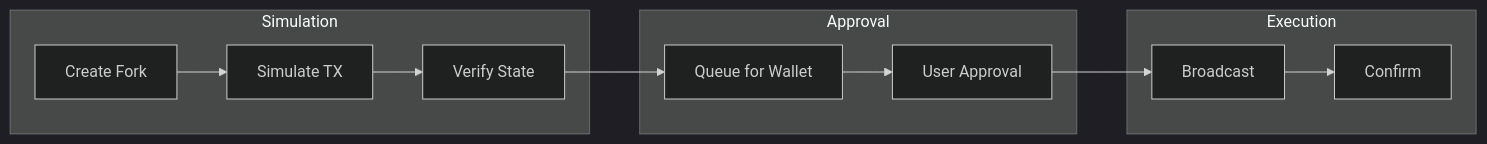
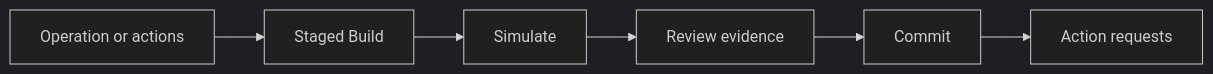
Before and after one commit to aomi-labs/docs: the diagram in reference/simulation-reference.mdx, drawn with Mermaid (dark theme). The commit also changed other lines of this file and 40 other files, not shown here.

````diff
--- a/reference/simulation-reference.mdx
+++ b/reference/simulation-reference.mdx
@@ -14,25 +15,8 @@
 ```mermaid
 flowchart LR
-    subgraph "Simulation"
-        FORK[Create Fork]
-        SIM[Simulate TX]
-        VERIFY[Verify State]
-    end
-
-    subgraph "Approval"
-        QUEUE[Queue for Wallet]
-        APPROVE[User Approval]
-    end
-
-    subgraph "Execution"
-        BROADCAST[Broadcast]
-        CONFIRM[Confirm]
-    end
-
-    FORK --> SIM
-    SIM --> VERIFY
-    VERIFY --> QUEUE
-    QUEUE --> APPROVE
-    APPROVE --> BROADCAST
-    BROADCAST --> CONFIRM
+    INPUT[Operation or actions] --> STAGE[Staged Build]
+    STAGE --> SIM[Simulate]
+    SIM --> REVIEW[Review evidence]
+    REVIEW --> COMMIT[Commit]
+    COMMIT --> REQUESTS[Action requests]
 ```
````
